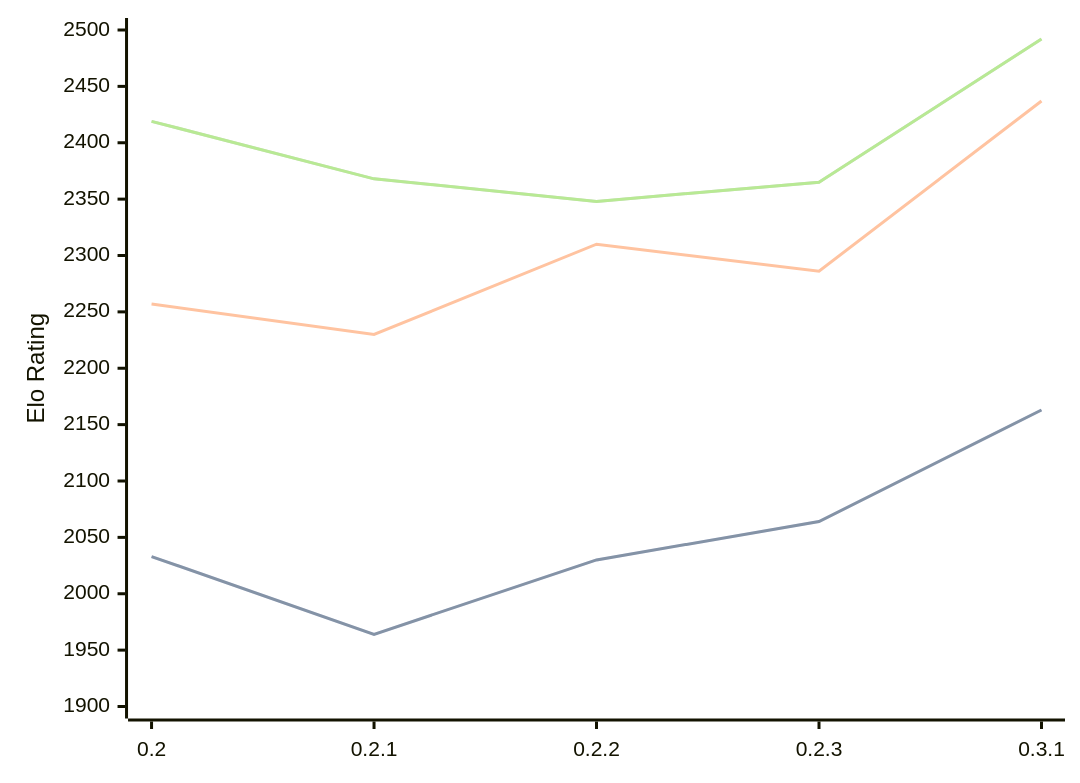
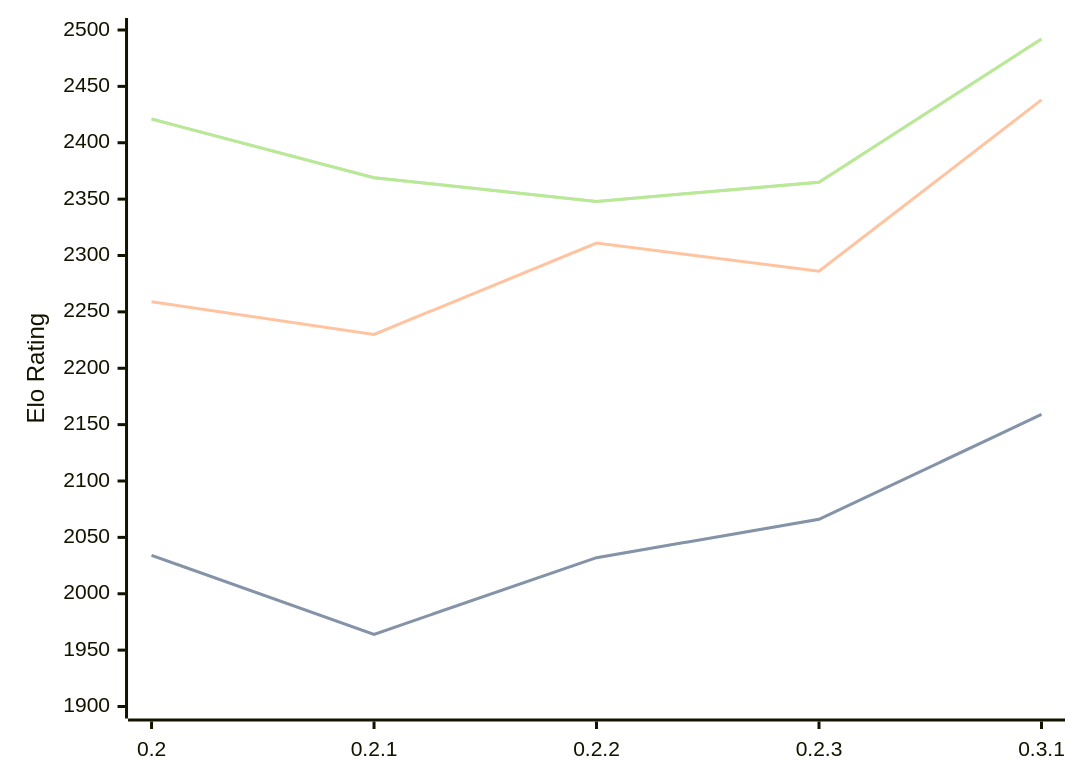
Before and after one commit to computer-chess-index/cci: the diagram in engines/Lolbot.md, drawn with Mermaid. The commit also changed other lines of this file, not shown here.

Commit message:
Update CCI Ratings (ELO VLTC) - 2026-05-06

````diff
--- a/engines/Lolbot.md
+++ b/engines/Lolbot.md
@@ -36,11 +36,11 @@
 ```mermaid
 %%{init: {"theme":"base","themeVariables":{"seriesColors:['#a3a3a3','#222221','#faa371']}}}%%
 xychart-beta
   x-axis ["0.2", "0.2.1", "0.2.2", "0.2.3", "0.3.1"]
   y-axis "Elo Rating" 1900 --> 2500
-  line "STC (8.0+0.08s)" [2033, 1964, 2030, 2064, 2163]
-  line "STC (8.0+0.08s)" [2033, 1964, 2030, 2064, 2163]
-  line "LTC (60.0+0.60s)" [2257, 2230, 2310, 2286, 2437]
-  line "VLTC (2m24s+1.12s)" [2419, 2368, 2348, 2365, 2492]
-  line "VLTC (2m24s+1.12s)" [2419, 2368, 2348, 2365, 2492]
+  line "STC (8.0+0.08s)" [2034, 1964, 2032, 2066, 2159]
+  line "STC (8.0+0.08s)" [2034, 1964, 2032, 2066, 2159]
+  line "LTC (60.0+0.60s)" [2259, 2230, 2311, 2286, 2438]
+  line "VLTC (2m24s+1.12s)" [2421, 2369, 2348, 2365, 2492]
+  line "VLTC (2m24s+1.12s)" [2421, 2369, 2348, 2365, 2492]
 ```
````
